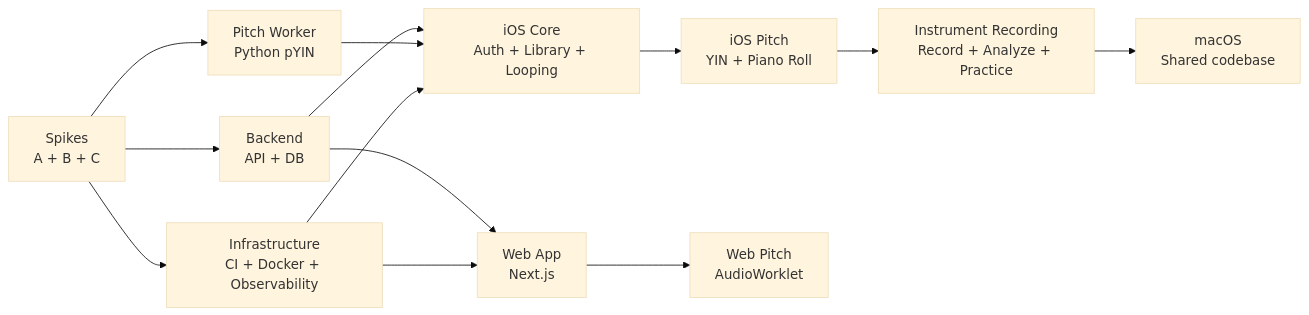
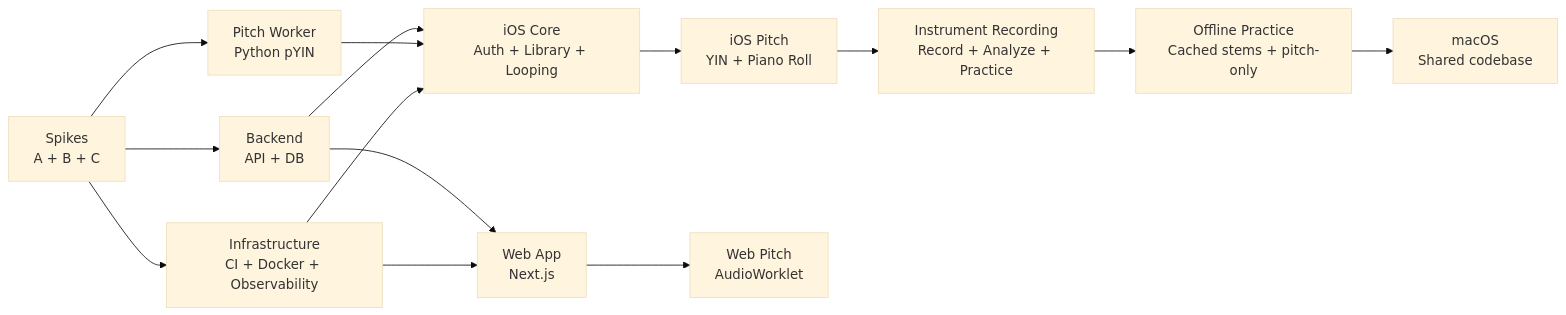
One commit to pawelgawliczek/intonavio changed the second of 2 diagrams in docs/10-implementation-phases.md. Above: the diagram before and after it, drawn with Mermaid (base theme). The commit also changed other lines of this file and 15 other files, not shown here.

First line of the commit message:
Add offline practice mode for songs with cached stems and pitch data

````diff
--- a/docs/10-implementation-phases.md
+++ b/docs/10-implementation-phases.md
@@ -68,18 +73,19 @@
 ```mermaid
 graph LR
     Spikes[Spikes<br/>A + B + C] --> Backend[Backend<br/>API + DB]
     Spikes --> PitchWorker[Pitch Worker<br/>Python pYIN]
     Spikes --> Infra[Infrastructure<br/>CI + Docker + Observability]
 
     Backend --> iOSCore[iOS Core<br/>Auth + Library + Looping]
     Backend --> WebApp[Web App<br/>Next.js]
     PitchWorker --> iOSCore
     Infra --> iOSCore
     Infra --> WebApp
 
     iOSCore --> iOSPitch[iOS Pitch<br/>YIN + Piano Roll]
     WebApp --> WebPitch[Web Pitch<br/>AudioWorklet]
 
     iOSPitch --> InstrRec[Instrument Recording<br/>Record + Analyze + Practice]
-    InstrRec --> macOS[macOS<br/>Shared codebase]
+    InstrRec --> Offline[Offline Practice<br/>Cached stems + pitch-only]
+    Offline --> macOS[macOS<br/>Shared codebase]
 ```
````
